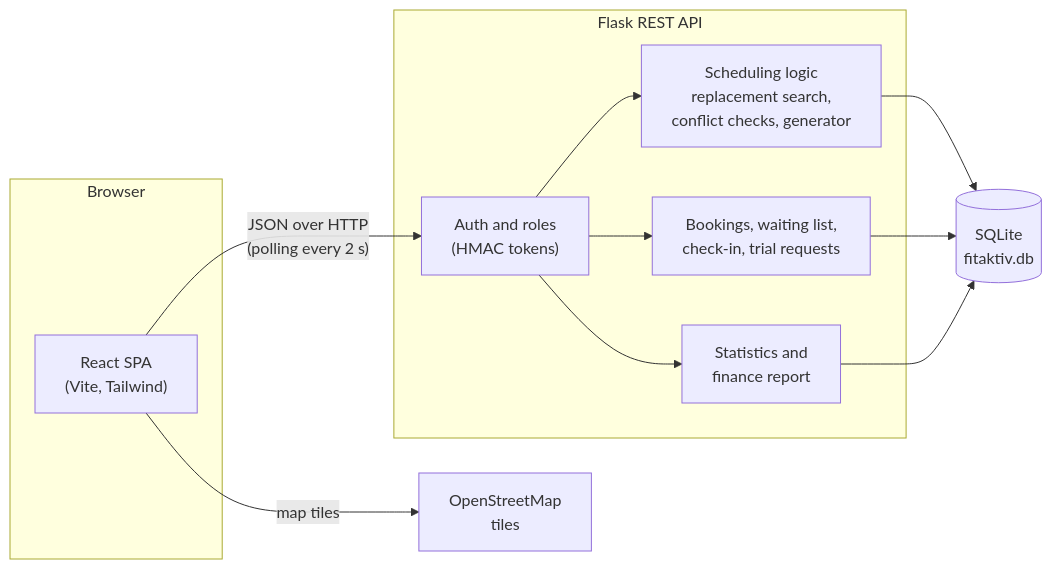
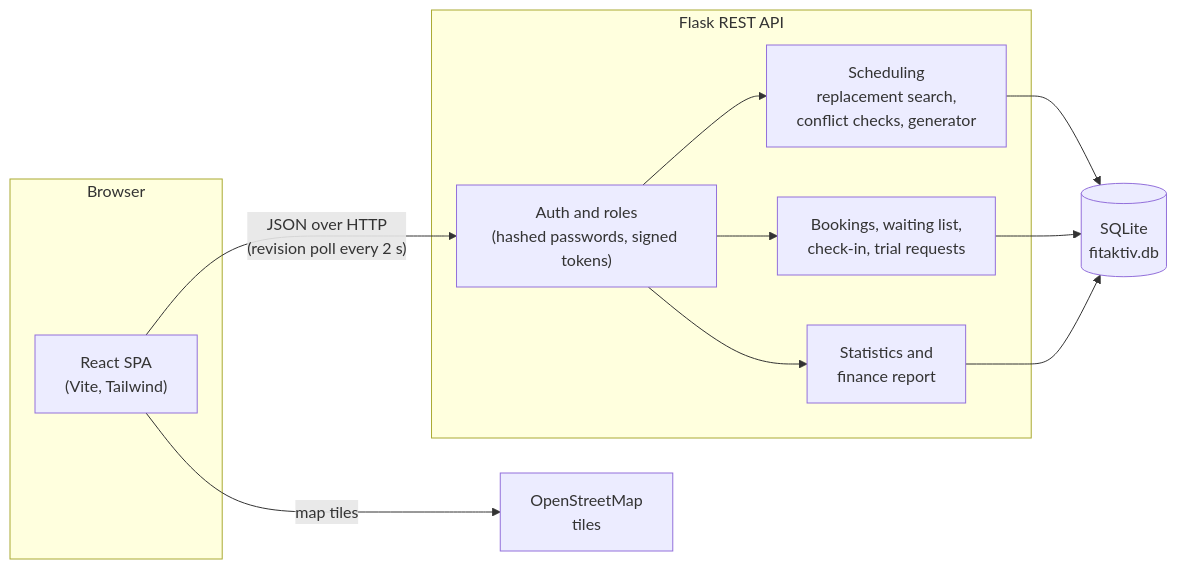
Before and after one commit to toumiamine12/Fit-Aktiv: the first of 2 diagrams in README.md, drawn with Mermaid. The commit also changed other lines of this file and 1 other file, not shown here.

````diff
--- a/README.md
+++ b/README.md
@@ -229,23 +91,23 @@
 ```mermaid
 flowchart LR
     subgraph Browser
         UI["React SPA<br/>(Vite, Tailwind)"]
     end
     subgraph Backend["Flask REST API"]
-        AUTH["Auth and roles<br/>(HMAC tokens)"]
-        PLAN["Scheduling logic<br/>replacement search,<br/>conflict checks, generator"]
+        AUTH["Auth and roles<br/>(hashed passwords, signed tokens)"]
+        PLAN["Scheduling<br/>replacement search,<br/>conflict checks, generator"]
         BOOK["Bookings, waiting list,<br/>check-in, trial requests"]
         FIN["Statistics and<br/>finance report"]
     end
     DB[("SQLite<br/>fitaktiv.db")]
     OSM["OpenStreetMap<br/>tiles"]
 
-    UI -- "JSON over HTTP<br/>(polling every 2 s)" --> AUTH
+    UI -- "JSON over HTTP<br/>(revision poll every 2 s)" --> AUTH
     AUTH --> PLAN
     AUTH --> BOOK
+    AUTH --> FIN
     PLAN --> DB
     BOOK --> DB
-    AUTH --> FIN
     FIN --> DB
     UI -- "map tiles" --> OSM
 ```
````
